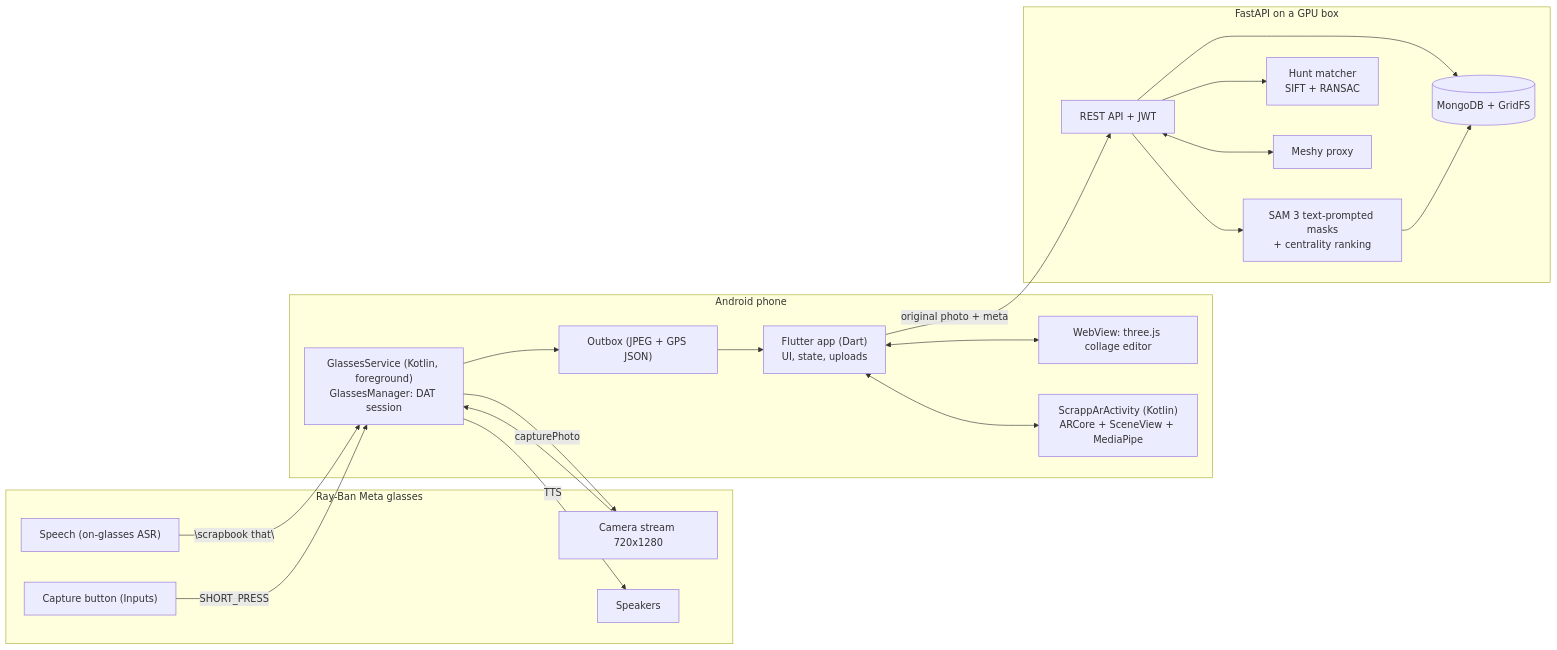
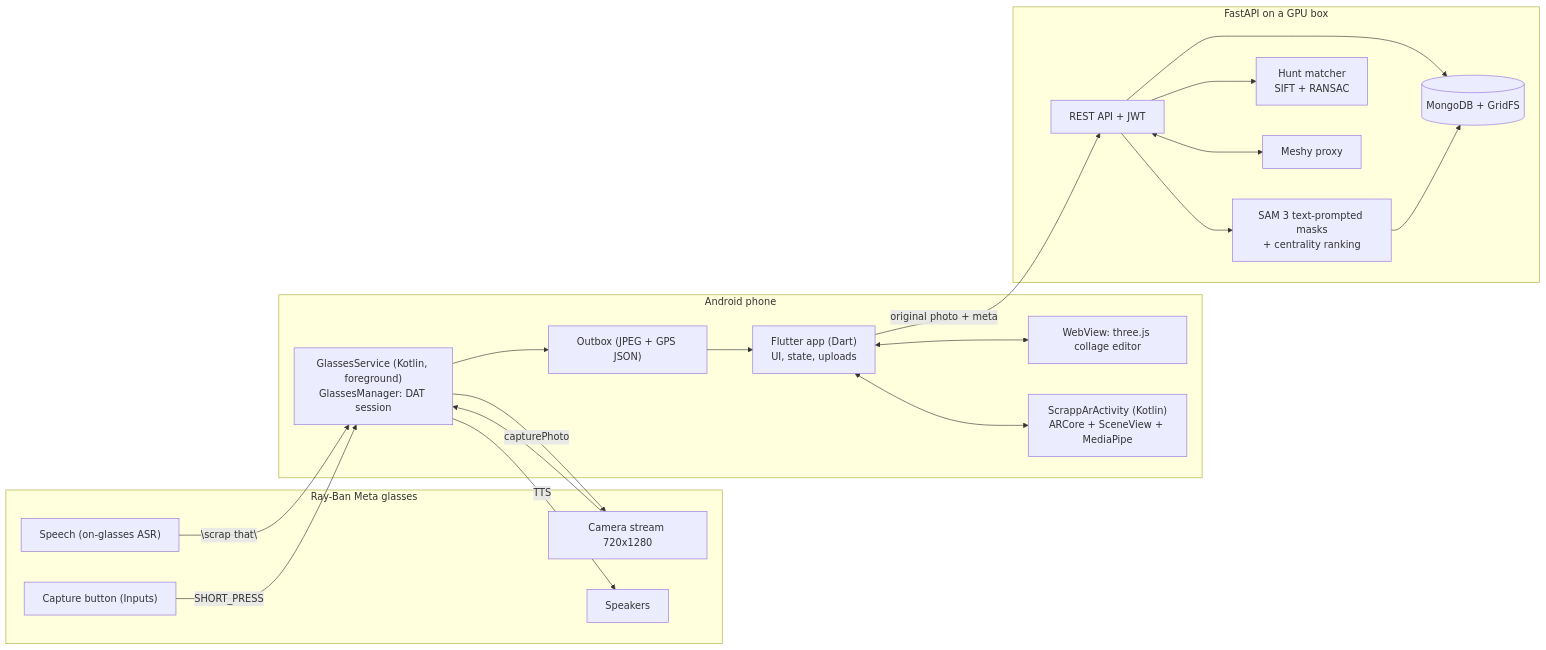
Before and after one commit to ofranken/ImmerseTheBay2026: the diagram in scrapp/scrapp/docs/ARCHITECTURE.md, drawn with Mermaid. The commit also changed other lines of this file and 25 other files, not shown here.

First line of the commit message:
Voice keyword is 'scrap that' everywhere (glasses matcher keeps accepting 'scrapbook that'); 'scrap that lamp' passes the object prompt

````diff
--- a/scrapp/scrapp/docs/ARCHITECTURE.md
+++ b/scrapp/scrapp/docs/ARCHITECTURE.md
@@ -5,34 +5,34 @@
 ```mermaid
 flowchart LR
   subgraph Glasses["Ray-Ban Meta glasses"]
     MIC["Speech (on-glasses ASR)"]
     BTN["Capture button (Inputs)"]
     CAM["Camera stream 720x1280"]
     SPK["Speakers"]
   end
   subgraph Phone["Android phone"]
     SVC["GlassesService (Kotlin, foreground)\nGlassesManager: DAT session"]
     OUT["Outbox (JPEG + GPS JSON)"]
     FL["Flutter app (Dart)\nUI, state, uploads"]
     WEB["WebView: three.js collage editor"]
     AR["ScrappArActivity (Kotlin)\nARCore + SceneView + MediaPipe"]
   end
   subgraph Server["FastAPI on a GPU box"]
     API["REST API + JWT"]
     SAM["SAM 3 text-prompted masks\n+ centrality ranking"]
     MATCH["Hunt matcher\nSIFT + RANSAC"]
     MESHY["Meshy proxy"]
     DB[("MongoDB + GridFS")]
   end
-  MIC -- "\"scrapbook that\"" --> SVC
+  MIC -- "\"scrap that\"" --> SVC
   BTN -- SHORT_PRESS --> SVC
   SVC -- capturePhoto --> CAM
   CAM --> SVC --> OUT --> FL
   FL -- original photo + meta --> API --> DB
   API --> SAM --> DB
   API --> MATCH
   API <--> MESHY
   FL <--> WEB
   FL <--> AR
   SVC -- TTS --> SPK
 ```
````
